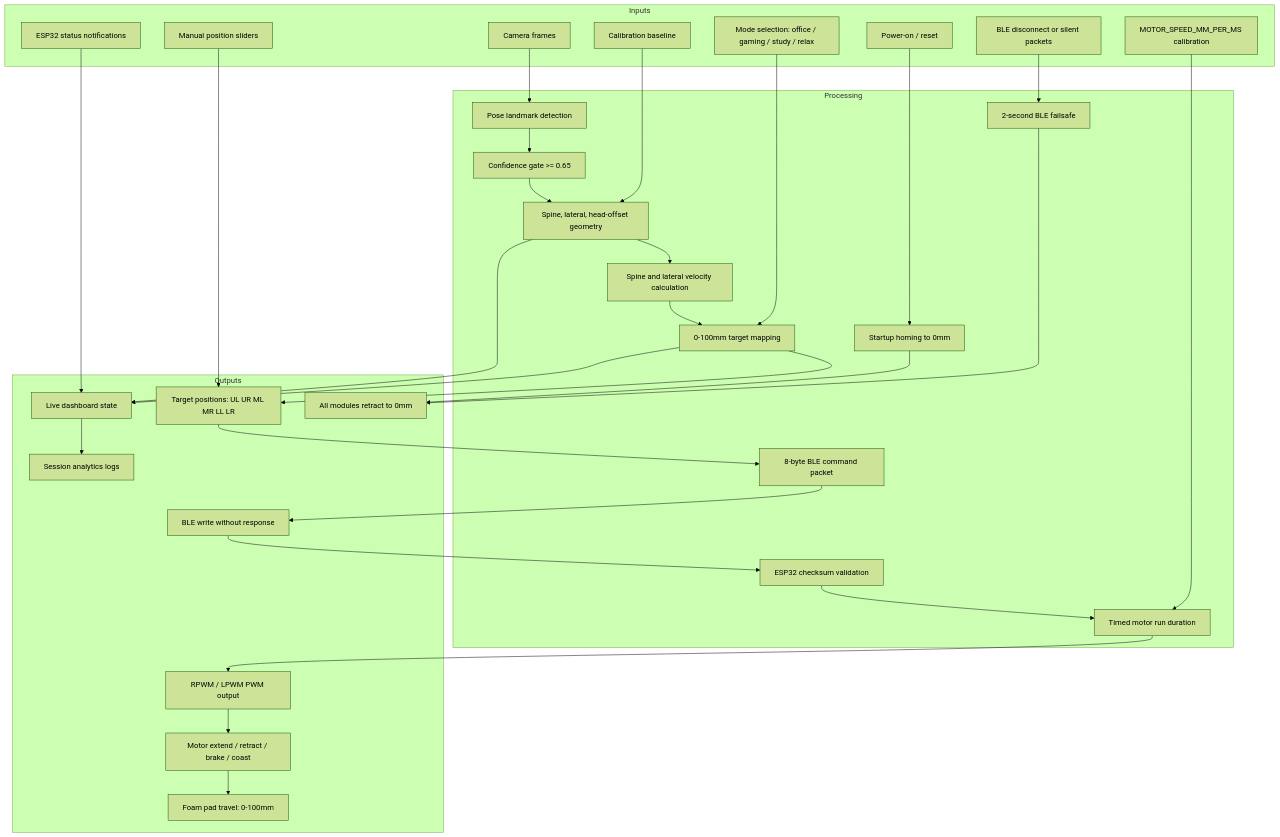
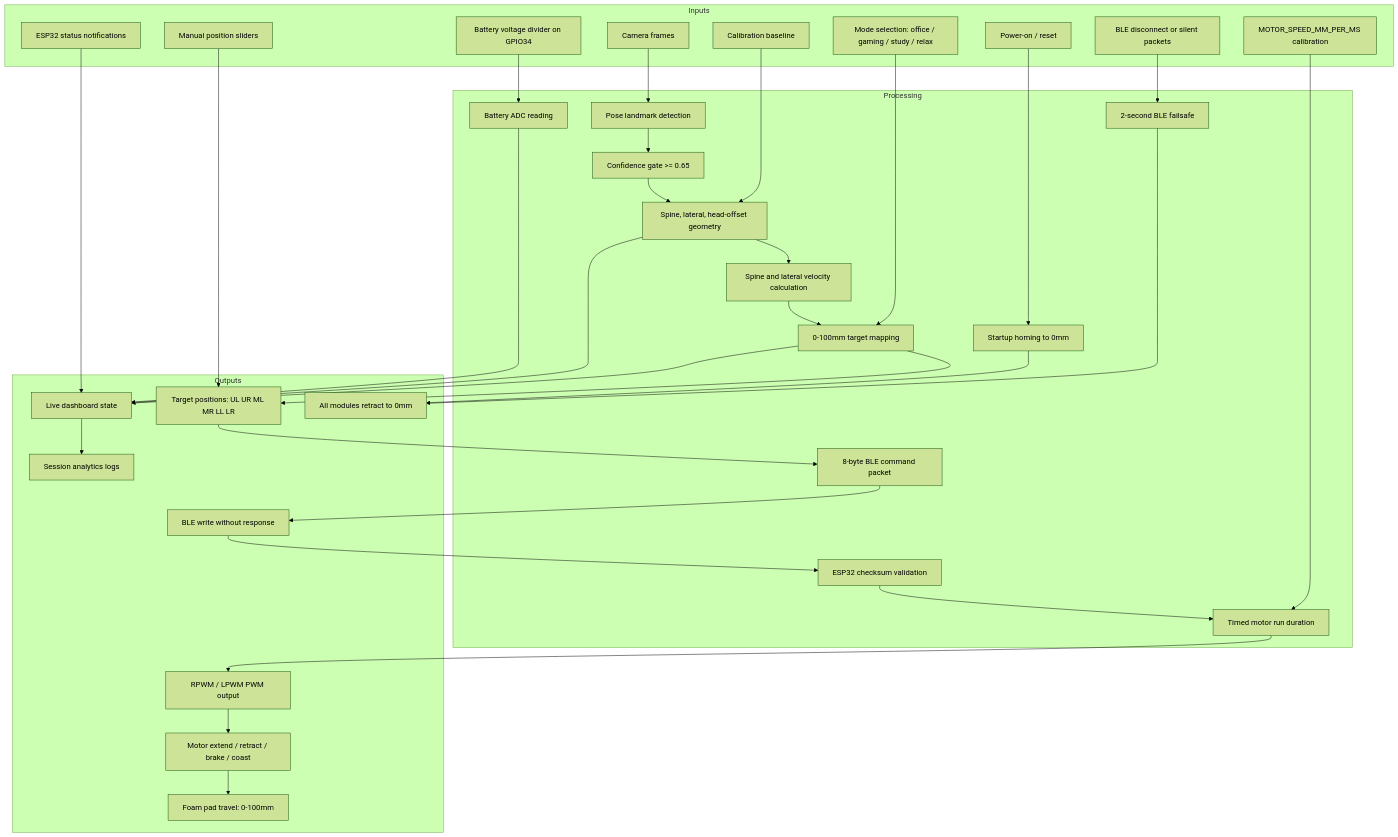
One commit to brovk2008/Poschair_final changed the second of 11 diagrams in docs/system_working_diagram.md. Above: the diagram before and after it, drawn with Mermaid (forest theme). The commit also changed other lines of this file and 10 other files, not shown here.

````diff
--- a/docs/system_working_diagram.md
+++ b/docs/system_working_diagram.md
@@ -61,63 +61,67 @@
 ```mermaid
 flowchart TB
   subgraph Inputs["Inputs"]
     CameraFrames["Camera frames"]
     UserMode["Mode selection: office / gaming / study / relax"]
     Calibration["Calibration baseline"]
     ManualOverride["Manual position sliders"]
     BLEStatusIn["ESP32 status notifications"]
+    BatterySense["Battery voltage divider on GPIO34"]
     MotorSpeedCal["MOTOR_SPEED_MM_PER_MS calibration"]
     PowerOn["Power-on / reset"]
     BLEDisconnect["BLE disconnect or silent packets"]
   end
 
   subgraph Processing["Processing"]
     PoseDetection["Pose landmark detection"]
     ConfidenceGate["Confidence gate >= 0.65"]
     Geometry["Spine, lateral, head-offset geometry"]
     Velocity["Spine and lateral velocity calculation"]
     PositionMapping["0-100mm target mapping"]
     PacketBuild["8-byte BLE command packet"]
     PacketParse["ESP32 checksum validation"]
+    BatteryRead["Battery ADC reading"]
     TimedMotion["Timed motor run duration"]
     Homing["Startup homing to 0mm"]
     Failsafe["2-second BLE failsafe"]
   end
 
   subgraph Outputs["Outputs"]
     TargetPositions["Target positions: UL UR ML MR LL LR"]
     Dashboard["Live dashboard state"]
     BLEPacket["BLE write without response"]
     PWMOut["RPWM / LPWM PWM output"]
     MotorMotion["Motor extend / retract / brake / coast"]
     PadTravel["Foam pad travel: 0-100mm"]
     SessionLogs["Session analytics logs"]
     SafetyRetract["All modules retract to 0mm"]
   end
 
   CameraFrames --> PoseDetection
   PoseDetection --> ConfidenceGate
   ConfidenceGate --> Geometry
   Geometry --> Velocity
   Velocity --> PositionMapping
   UserMode --> PositionMapping
   Calibration --> Geometry
   ManualOverride --> TargetPositions
   PositionMapping --> TargetPositions
   TargetPositions --> PacketBuild
   PacketBuild --> BLEPacket
   BLEPacket --> PacketParse
   PacketParse --> TimedMotion
   MotorSpeedCal --> TimedMotion
+  BatterySense --> BatteryRead
+  BatteryRead --> Dashboard
   TimedMotion --> PWMOut
   PWMOut --> MotorMotion
   MotorMotion --> PadTravel
   BLEStatusIn --> Dashboard
   Geometry --> Dashboard
   PositionMapping --> Dashboard
   Dashboard --> SessionLogs
   PowerOn --> Homing
   Homing --> SafetyRetract
   BLEDisconnect --> Failsafe
   Failsafe --> SafetyRetract
 ```
````
